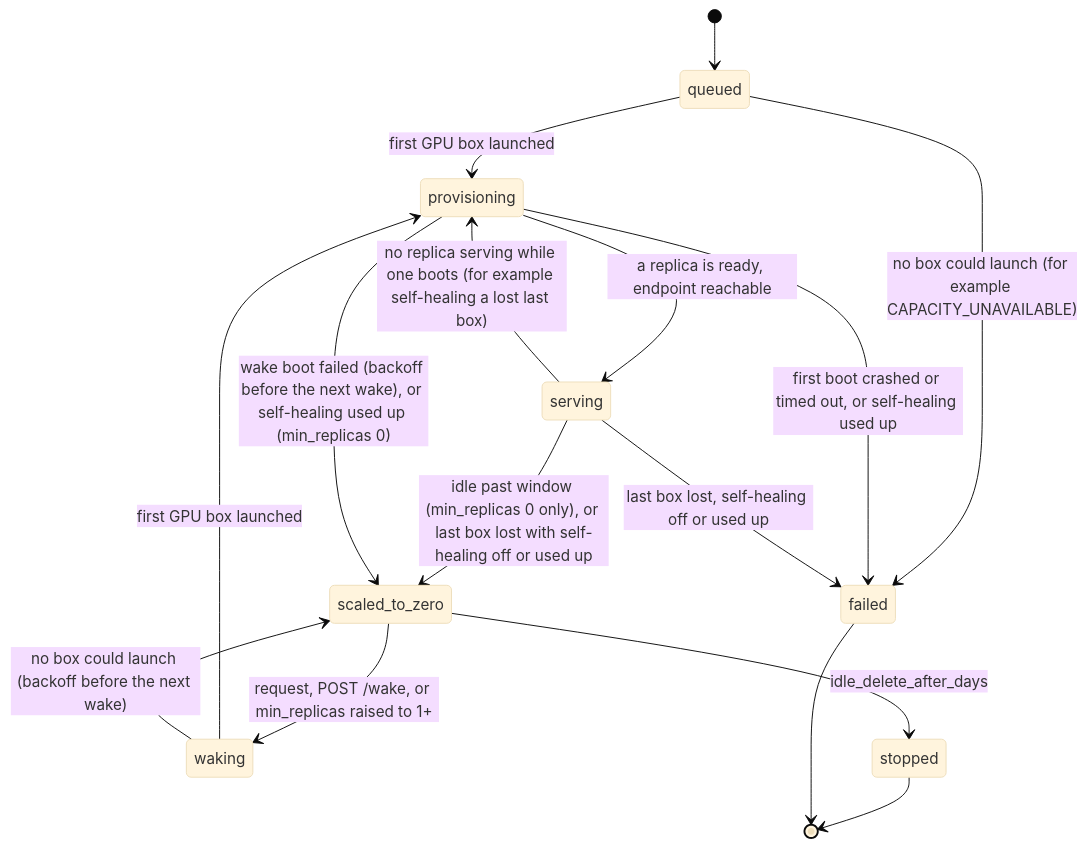
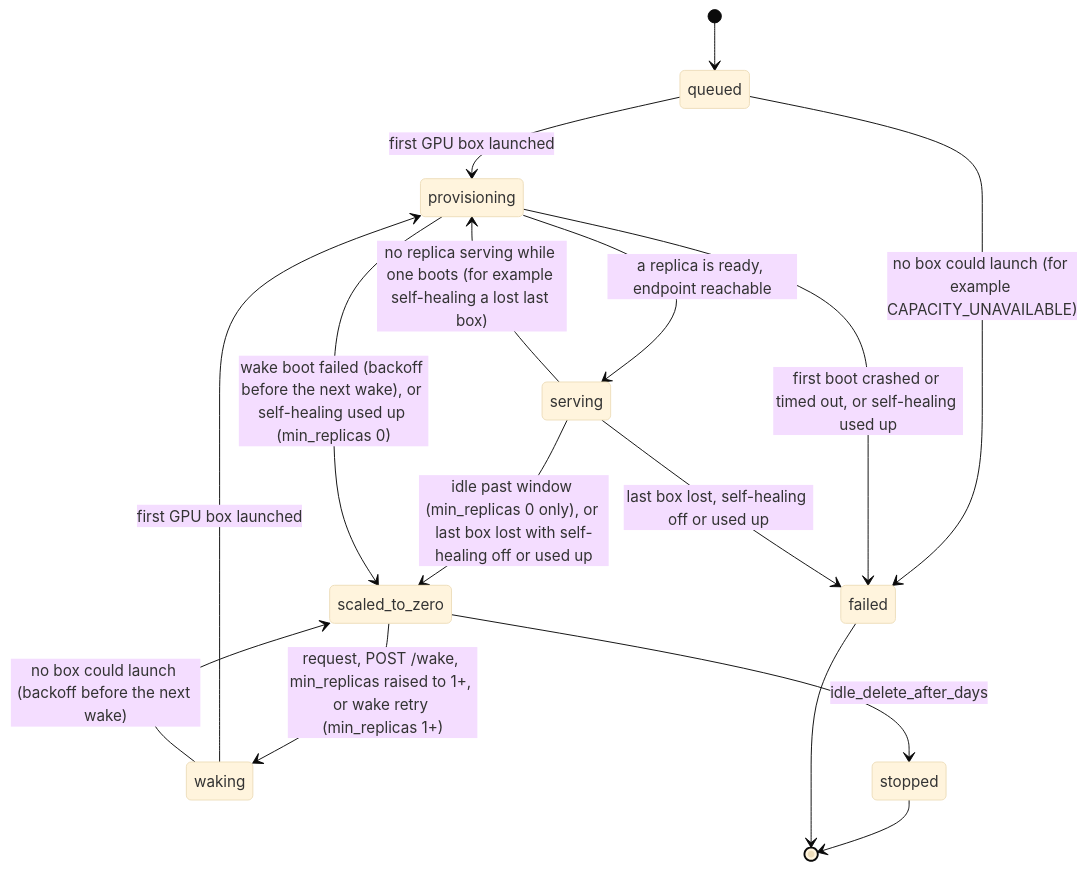
Before and after one commit to DannyMang/documentation: the diagram in deployments.mdx, drawn with Mermaid (base theme). The commit also changed other lines of this file and 3 other files, not shown here.

Commit message:
docs: PATCH null clears scale_to_zero_window_seconds / idle_delete_after_days; min_replicas 1+ deployments re-wake after a failed wake; CLI/SDK clear flags; OpenAPI regenerated

````diff
--- a/deployments.mdx
+++ b/deployments.mdx
@@ -64,18 +64,18 @@
 ```mermaid
 stateDiagram-v2
     [*] --> queued
     queued --> provisioning : first GPU box launched
     queued --> failed : no box could launch (for example CAPACITY_UNAVAILABLE)
     provisioning --> serving : a replica is ready, endpoint reachable
     provisioning --> failed : first boot crashed or timed out, or self-healing used up
     serving --> provisioning : no replica serving while one boots (for example self-healing a lost last box)
     serving --> failed : last box lost, self-healing off or used up
     serving --> scaled_to_zero : idle past window (min_replicas 0 only), or last box lost with self-healing off or used up
     provisioning --> scaled_to_zero : wake boot failed (backoff before the next wake), or self-healing used up (min_replicas 0)
-    scaled_to_zero --> waking : request, POST /wake, or min_replicas raised to 1+
+    scaled_to_zero --> waking : request, POST /wake, min_replicas raised to 1+, or wake retry (min_replicas 1+)
     waking --> provisioning : first GPU box launched
     waking --> scaled_to_zero : no box could launch (backoff before the next wake)
     scaled_to_zero --> stopped : idle_delete_after_days
     stopped --> [*]
     failed --> [*]
 ```
````
